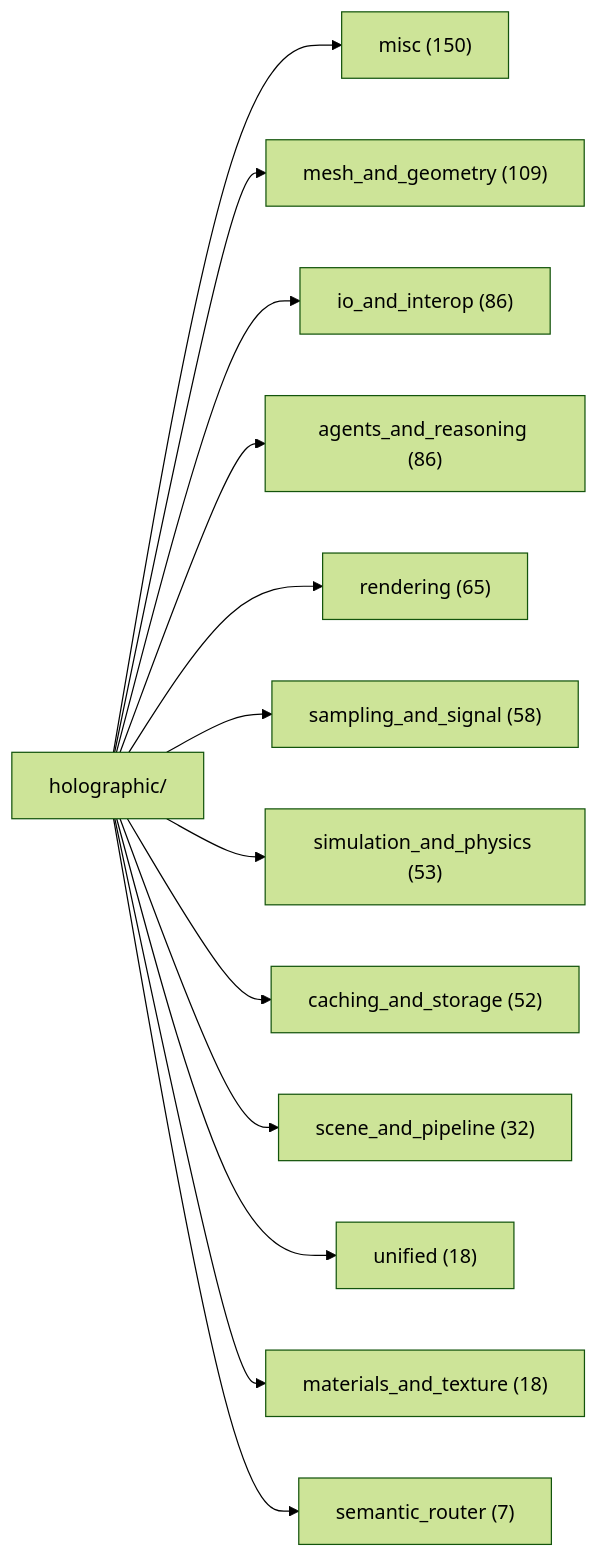
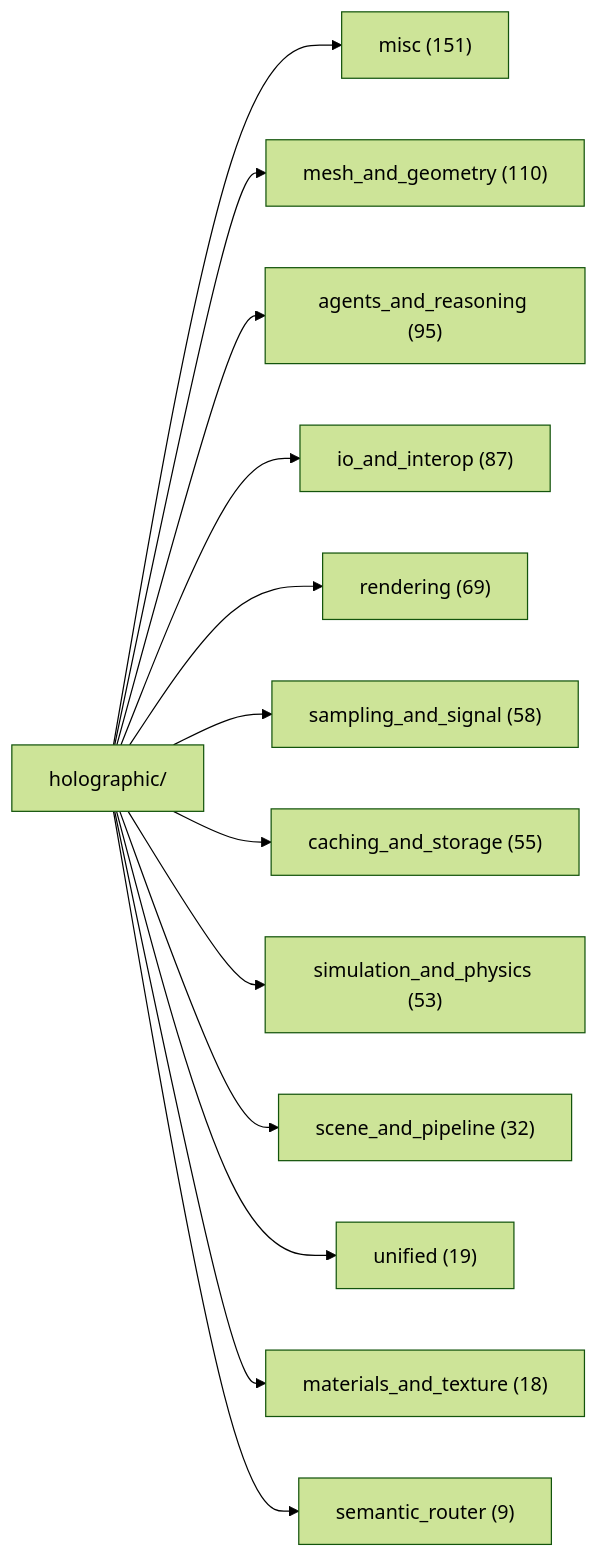
One commit to AnOversizedMooseWithSocks/leCore changed the first of 2 diagrams in docs/DOC_MAP.md. Above: the diagram before and after it, drawn with Mermaid (forest theme). The commit also changed other lines of this file and 4 other files, not shown here.

````diff
--- a/docs/DOC_MAP.md
+++ b/docs/DOC_MAP.md
@@ -35,16 +35,16 @@
 ```mermaid
 graph LR
     H[holographic/]
-    H --> misc["misc (150)"]
-    H --> mesh["mesh_and_geometry (109)"]
-    H --> io_a["io_and_interop (86)"]
-    H --> agen["agents_and_reasoning (86)"]
-    H --> rend["rendering (65)"]
+    H --> misc["misc (151)"]
+    H --> mesh["mesh_and_geometry (110)"]
+    H --> agen["agents_and_reasoning (95)"]
+    H --> io_a["io_and_interop (87)"]
+    H --> rend["rendering (69)"]
     H --> samp["sampling_and_signal (58)"]
+    H --> cach["caching_and_storage (55)"]
     H --> simu["simulation_and_physics (53)"]
-    H --> cach["caching_and_storage (52)"]
     H --> scen["scene_and_pipeline (32)"]
-    H --> unif["unified (18)"]
+    H --> unif["unified (19)"]
     H --> mate["materials_and_texture (18)"]
-    H --> sema["semantic_router (7)"]
+    H --> sema["semantic_router (9)"]
 ```
````
